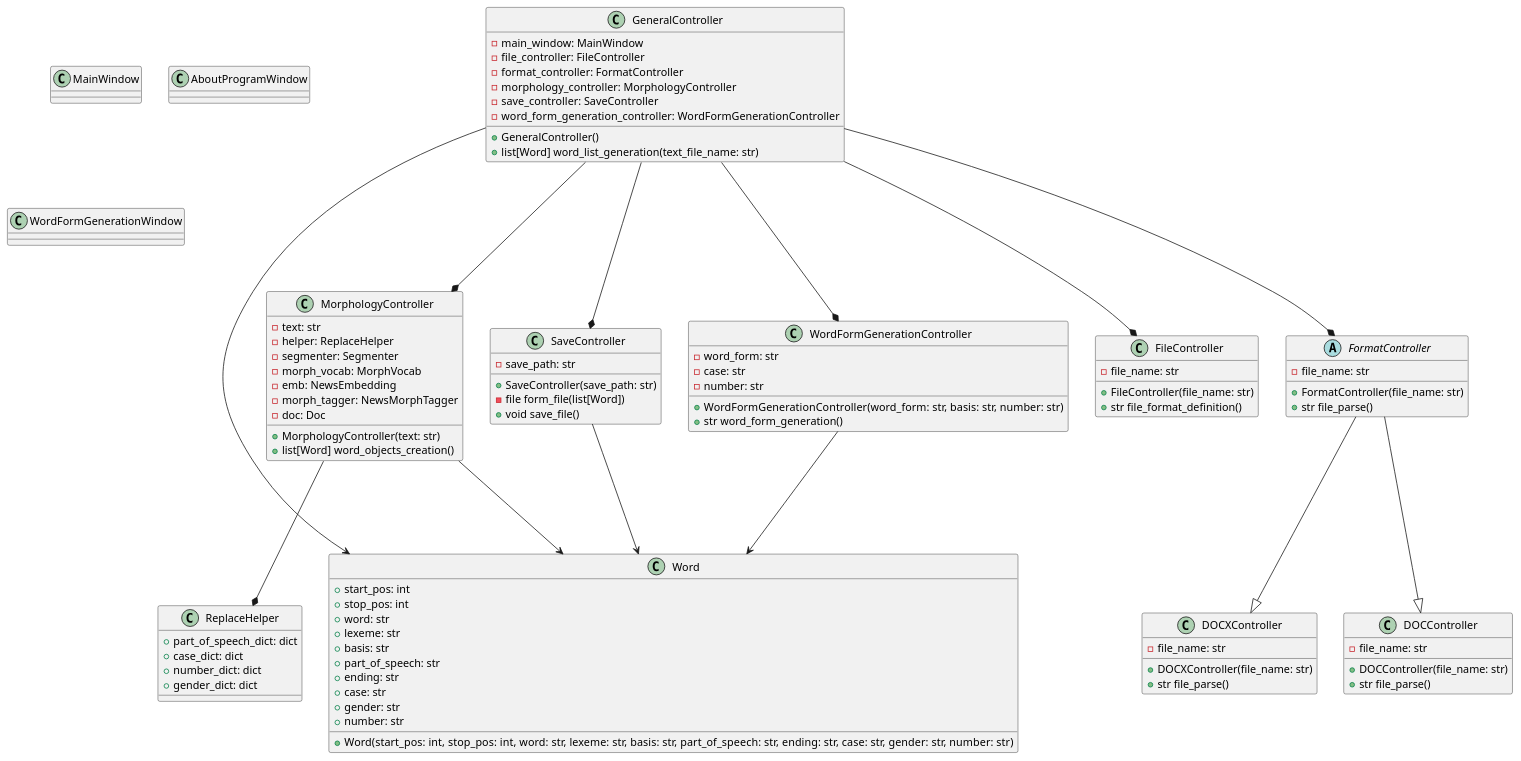
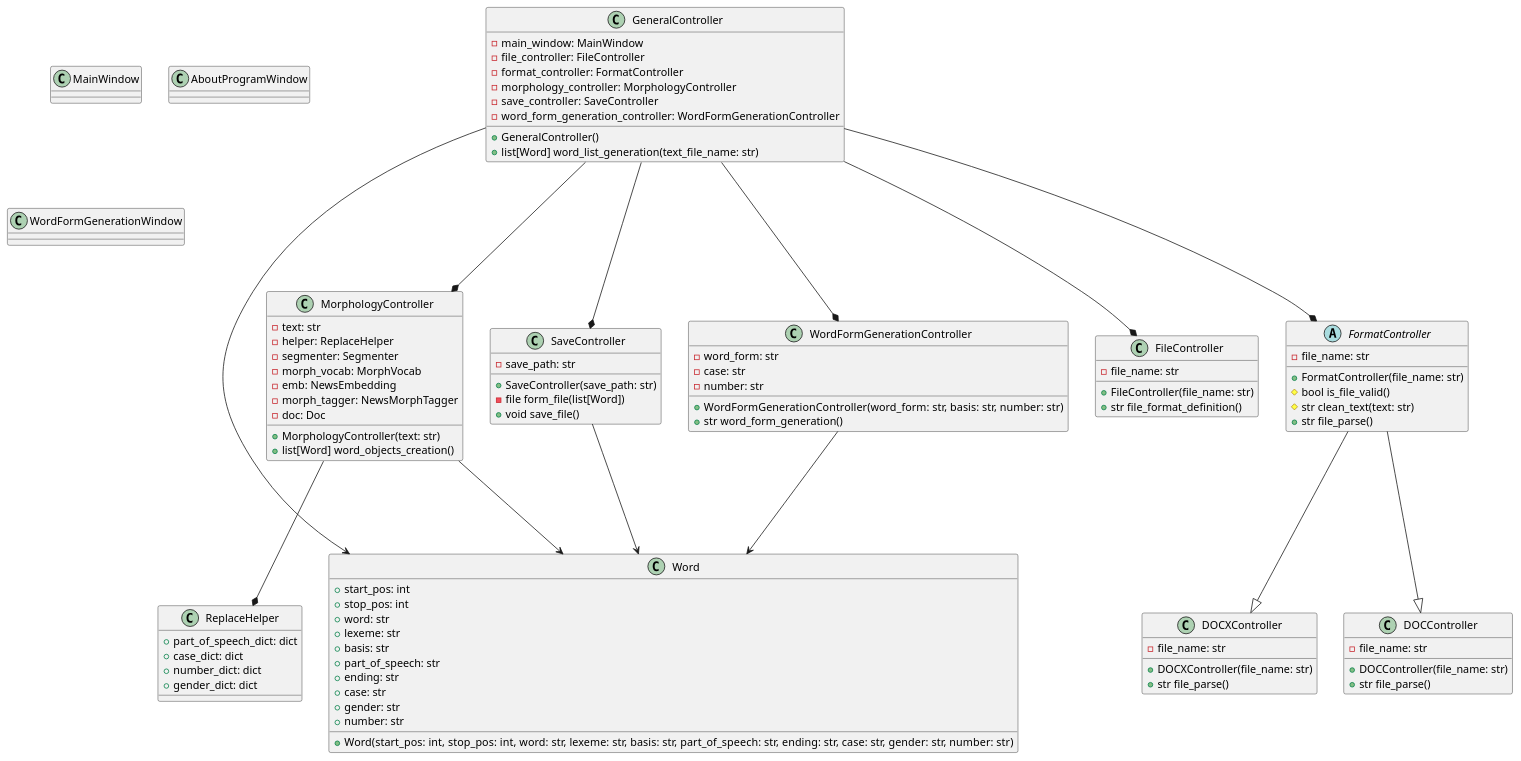
One commit to oden73/Natural-Language-Interface-of-Intelligent-Systems changed the diagram in lw1/diagram/class_diagram.puml. Above: the diagram before and after it, drawn with PlantUML. The commit also changed 8 other files, not shown here.

```diff
--- a/lw1/diagram/class_diagram.puml
+++ b/lw1/diagram/class_diagram.puml
@@ -1,116 +1,118 @@
 @startuml
 'https://plantuml.com/class-diagram
 
 class Word {
     + start_pos: int
     + stop_pos: int
     + word: str
     + lexeme: str
     + basis: str
     + part_of_speech: str
     + ending: str
     + case: str
     + gender: str
     + number: str
     + Word(start_pos: int, stop_pos: int, word: str, lexeme: str, basis: str, part_of_speech: str, ending: str, case: str, gender: str, number: str)
 }
 
 class ReplaceHelper {
     + part_of_speech_dict: dict
     + case_dict: dict
     + number_dict: dict
     + gender_dict: dict
 }
 
 class GeneralController {
     - main_window: MainWindow
     - file_controller: FileController
     - format_controller: FormatController
     - morphology_controller: MorphologyController
     - save_controller: SaveController
     - word_form_generation_controller: WordFormGenerationController
     + GeneralController()
     + list[Word] word_list_generation(text_file_name: str)
 }
 
 class FileController {
     - file_name: str
     + FileController(file_name: str)
     + str file_format_definition()
 }
 
 abstract class FormatController {
     - file_name: str
     + FormatController(file_name: str)
+    # bool is_file_valid()
+    # str clean_text(text: str)
     + str file_parse()
 }
 
 class DOCController {
     - file_name: str
     + DOCController(file_name: str)
     + str file_parse()
 }
 
 class DOCXController {
     - file_name: str
     + DOCXController(file_name: str)
     + str file_parse()
 }
 
 class MorphologyController {
     - text: str
     - helper: ReplaceHelper
     - segmenter: Segmenter
     - morph_vocab: MorphVocab
     - emb: NewsEmbedding
     - morph_tagger: NewsMorphTagger
     - doc: Doc
     + MorphologyController(text: str)
     + list[Word] word_objects_creation()
 }
 
 class SaveController {
     - save_path: str
     + SaveController(save_path: str)
     - file form_file(list[Word])
     + void save_file()
 }
 
 class WordFormGenerationController {
     - word_form: str
     - case: str
     - number: str
     + WordFormGenerationController(word_form: str, basis: str, number: str)
     + str word_form_generation()
 }
 
 class MainWindow {
 
 }
 
 class AboutProgramWindow {
 
 }
 
 class WordFormGenerationWindow {
 
 }
 
 GeneralController ---> Word
 GeneralController ---* FileController
 GeneralController ---* FormatController
 GeneralController ---* MorphologyController
 GeneralController ---* SaveController
 GeneralController ---* WordFormGenerationController
 
 FormatController ---|> DOCController
 FormatController ---|> DOCXController
 
 MorphologyController ---> Word
 MorphologyController ---* ReplaceHelper
 
 SaveController ---> Word
 
 WordFormGenerationController ---> Word
 
 @enduml
```
